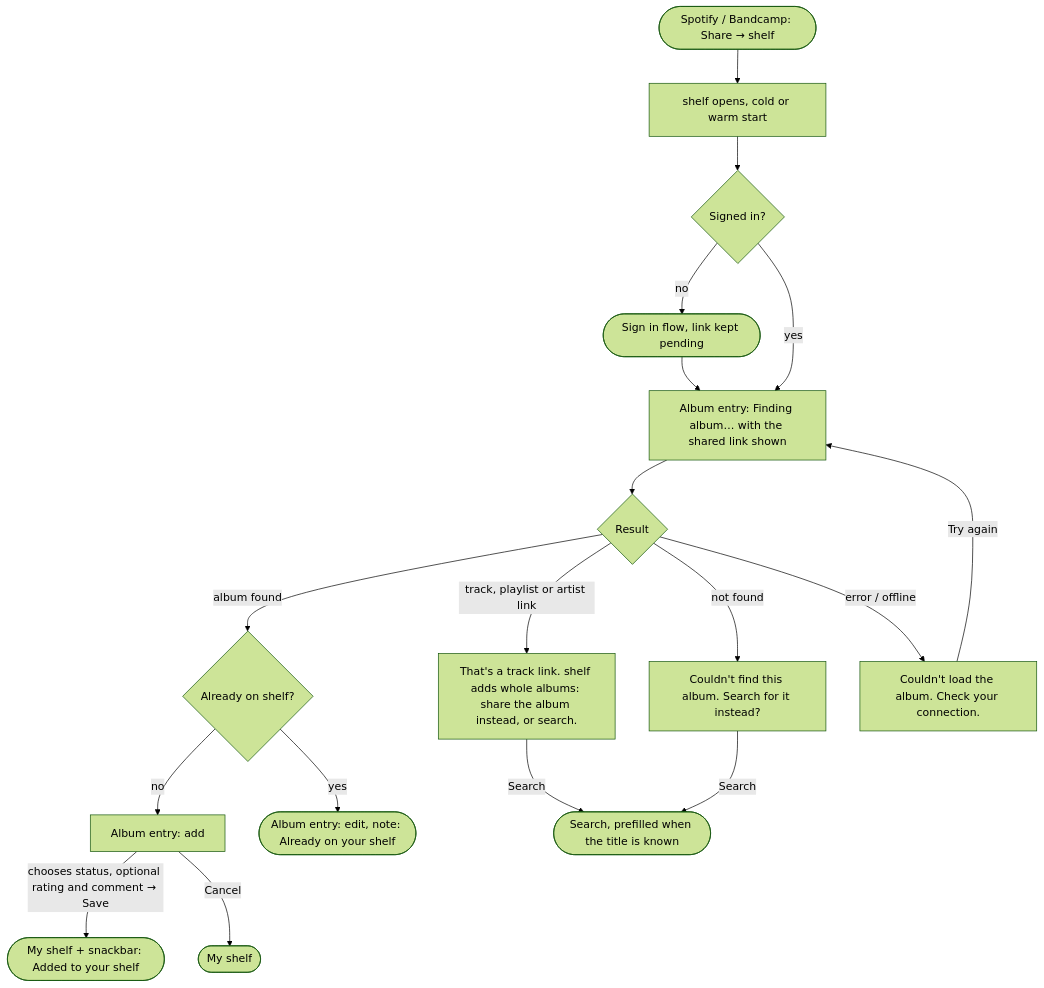
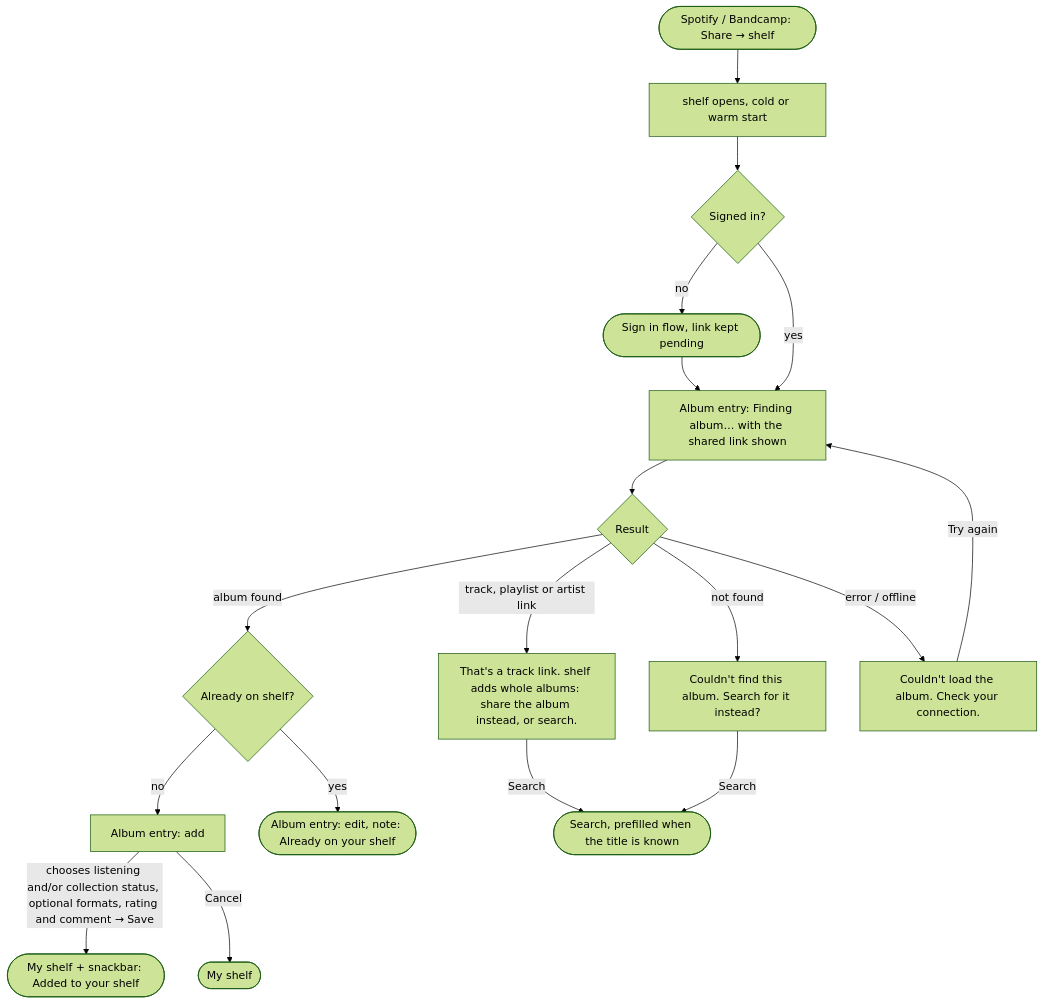
Before and after one commit to Schwub/shelf: the third of 5 diagrams in docs/design/flows.md, drawn with Mermaid (forest theme). The commit also changed other lines of this file and 10 other files, not shown here.

First line of the commit message:
Split shelf status into listening and collection, add formats

````diff
--- a/docs/design/flows.md
+++ b/docs/design/flows.md
@@ -64,16 +65,16 @@
 ```mermaid
 flowchart TD
   ext([Spotify / Bandcamp: Share → shelf]) --> app[shelf opens, cold or warm start]
   app --> session{Signed in?}
   session -- no --> signin([Sign in flow, link kept pending]) --> resolving
   session -- yes --> resolving[Album entry: Finding album… with the shared link shown]
   resolving --> kind{Result}
   kind -- album found --> onshelf{Already on shelf?}
   onshelf -- no --> add[Album entry: add]
   onshelf -- yes --> edit([Album entry: edit, note: Already on your shelf])
   kind -- track, playlist or artist link --> notAlbum[That's a track link. shelf adds whole albums: share the album instead, or search.] -- Search --> search([Search, prefilled when the title is known])
   kind -- not found --> notFound[Couldn't find this album. Search for it instead?] -- Search --> search
   kind -- error / offline --> err[Couldn't load the album. Check your connection.] -- Try again --> resolving
-  add -- chooses status, optional rating and comment → Save --> done([My shelf + snackbar: Added to your shelf])
+  add -- chooses listening and/or collection status, optional formats, rating and comment → Save --> done([My shelf + snackbar: Added to your shelf])
   add -- Cancel --> shelf([My shelf])
 ```
````
